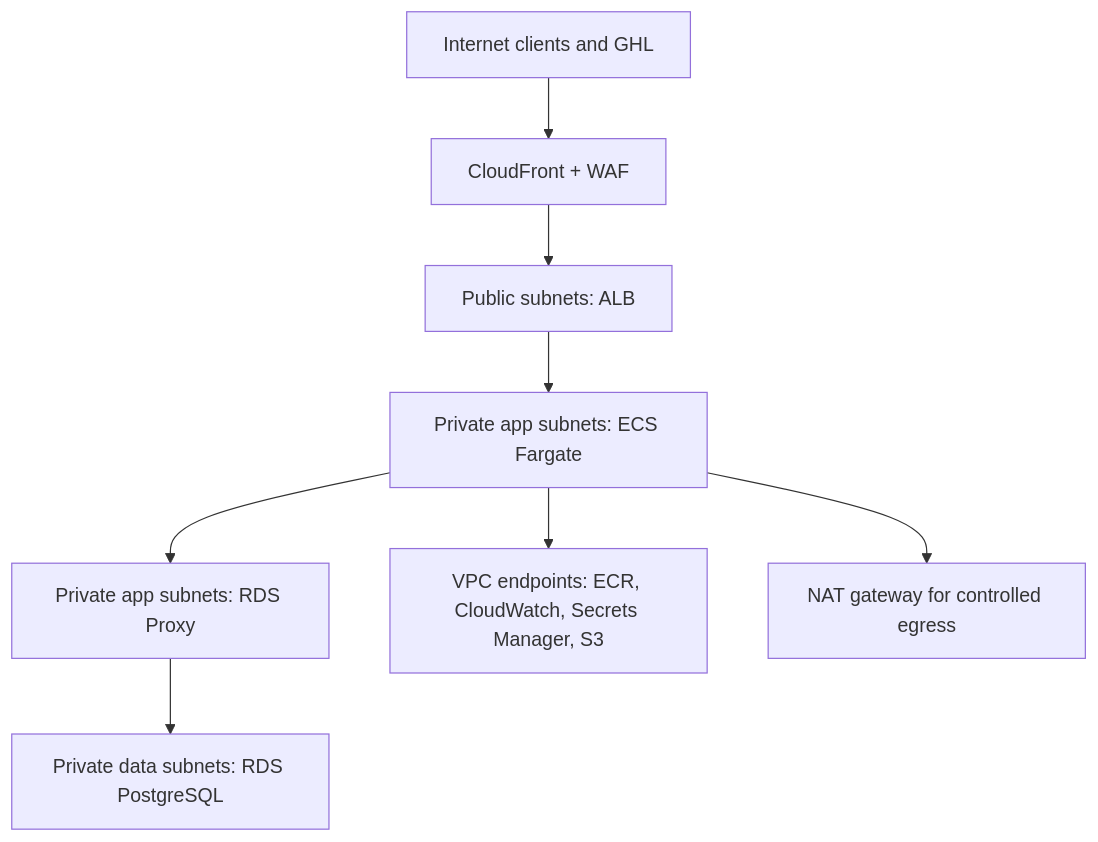
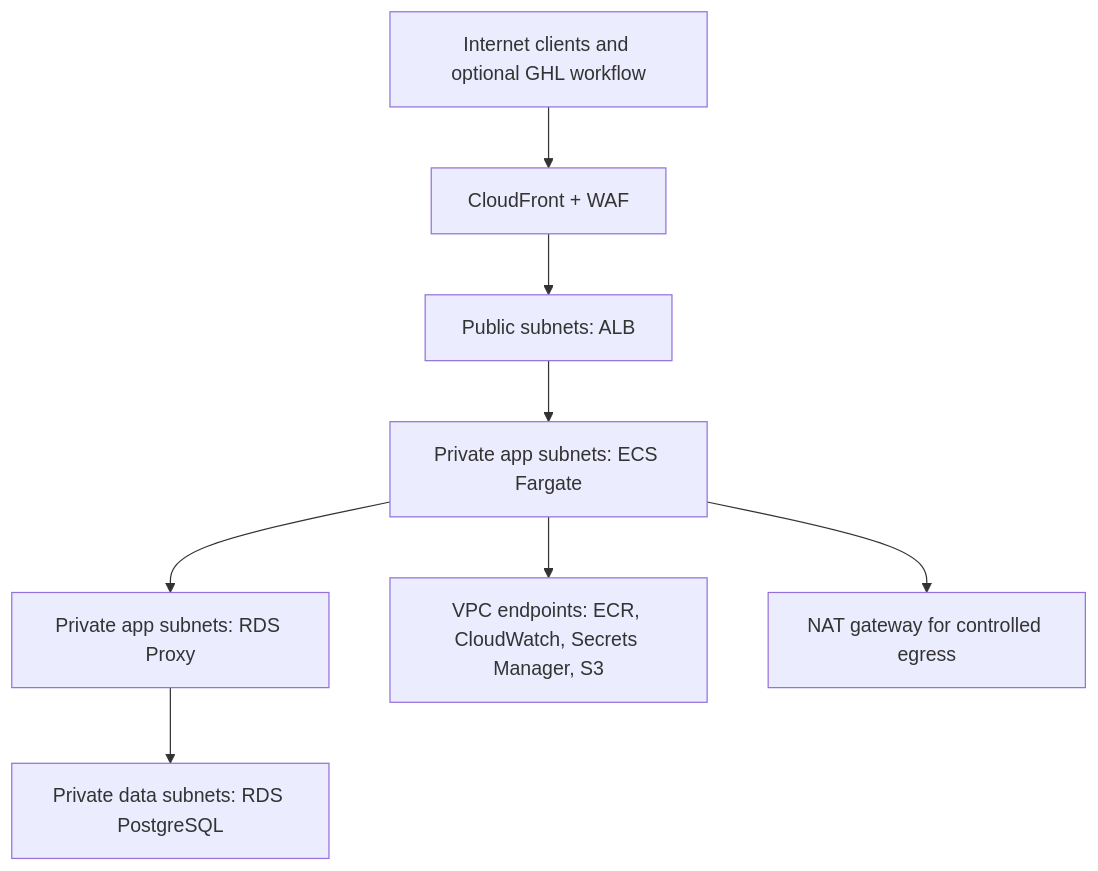
Before and after one commit to manynames3/clearpath-fargate-api: the second of 2 diagrams in docs/architecture.md, drawn with Mermaid. The commit also changed other lines of this file and 6 other files, not shown here.

````diff
--- a/docs/architecture.md
+++ b/docs/architecture.md
@@ -57,10 +57,10 @@
 ```mermaid
 flowchart TB
-    internet["Internet clients and GHL"] --> cloudfront["CloudFront + WAF"]
+    internet["Internet clients and optional GHL workflow"] --> cloudfront["CloudFront + WAF"]
     cloudfront --> alb["Public subnets: ALB"]
     alb --> ecs["Private app subnets: ECS Fargate"]
     ecs --> proxy["Private app subnets: RDS Proxy"]
     proxy --> rds["Private data subnets: RDS PostgreSQL"]
     ecs --> endpoints["VPC endpoints: ECR, CloudWatch, Secrets Manager, S3"]
     ecs --> nat["NAT gateway for controlled egress"]
 ```
````
